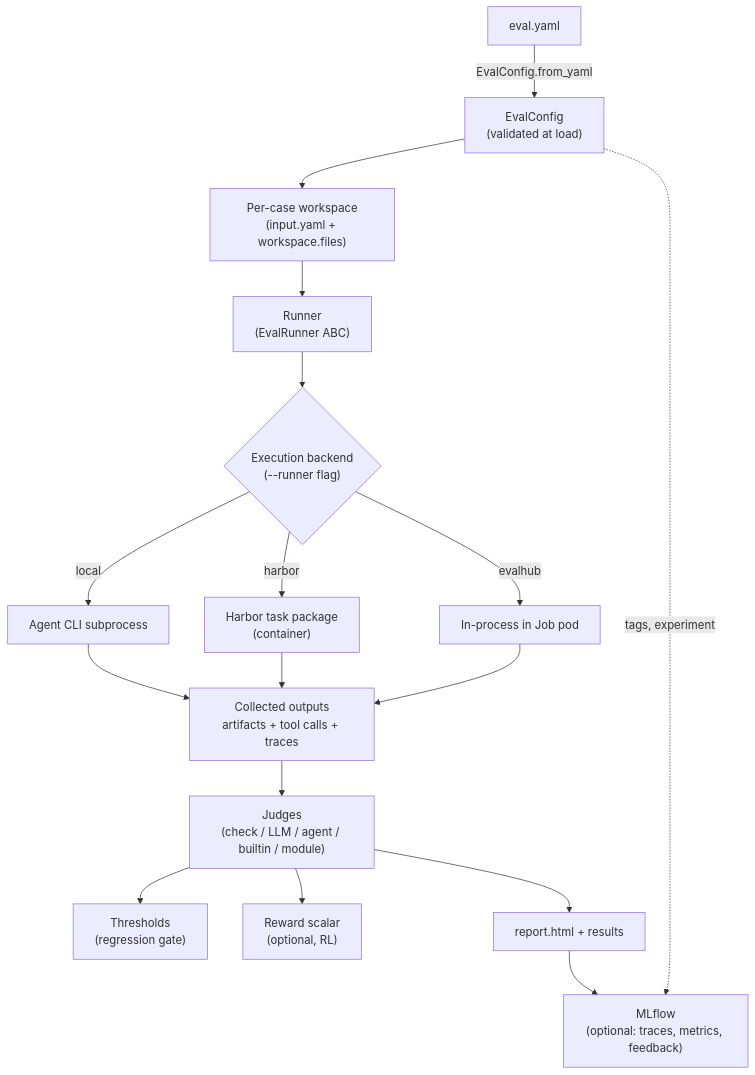
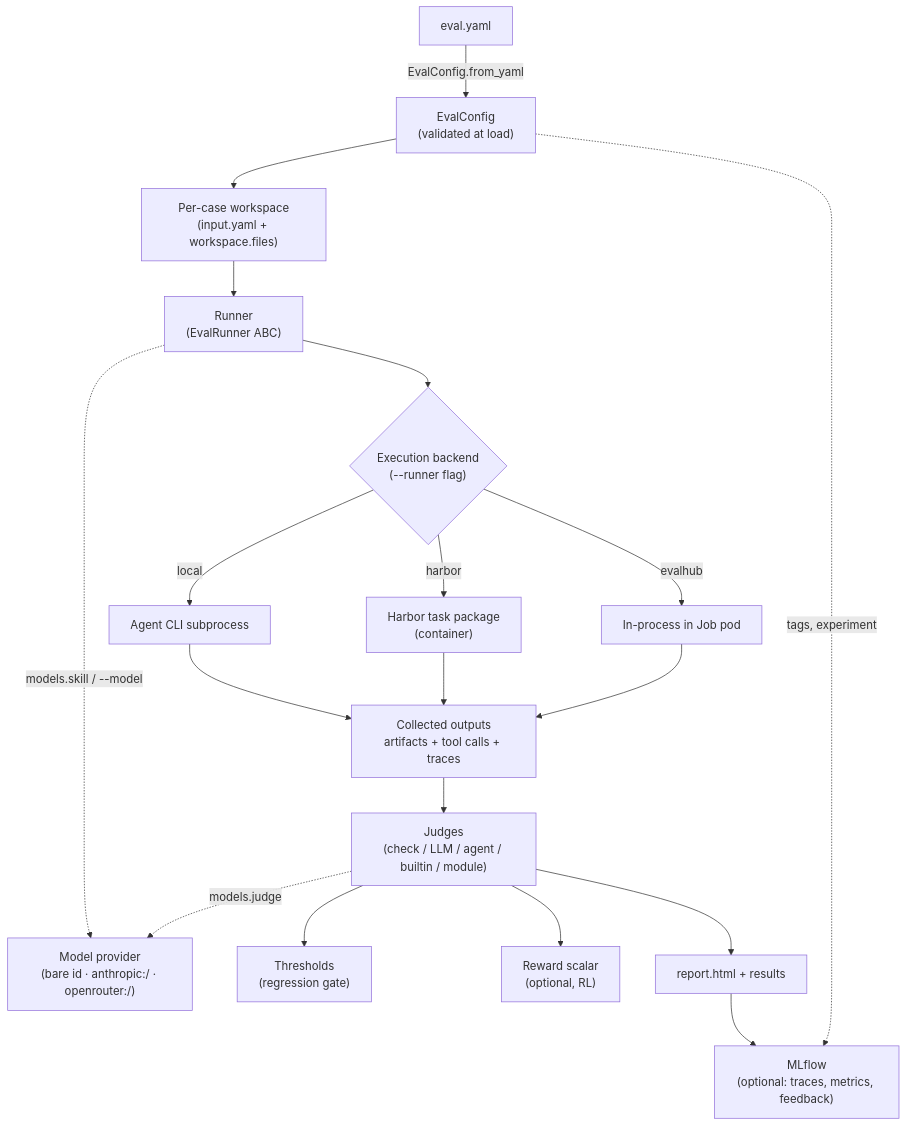
Before and after one commit to opendatahub-io/agent-eval-harness: the diagram in website/concepts/architecture.md, drawn with Mermaid. The commit also changed other lines of this file and 31 other files, not shown here.

````diff
--- a/website/concepts/architecture.md
+++ b/website/concepts/architecture.md
@@ -15,19 +16,21 @@
 ```mermaid
 flowchart TD
     Y["eval.yaml"] -->|"EvalConfig.from_yaml"| C["EvalConfig<br/>(validated at load)"]
     C --> W["Per-case workspace<br/>(input.yaml + workspace.files)"]
     W --> R["Runner<br/>(EvalRunner ABC)"]
     R --> B{"Execution backend<br/>(--runner flag)"}
+    R -.->|"models.skill / --model"| P["Model provider<br/>(bare id · anthropic:/ · openrouter:/)"]
     B -->|local| L["Agent CLI subprocess"]
     B -->|harbor| H["Harbor task package<br/>(container)"]
     B -->|evalhub| E["In-process in Job pod"]
     L --> O["Collected outputs<br/>artifacts + tool calls + traces"]
     H --> O
     E --> O
     O --> J["Judges<br/>(check / LLM / agent / builtin / module)"]
+    J -.->|"models.judge"| P
     J --> T["Thresholds<br/>(regression gate)"]
     J --> RW["Reward scalar<br/>(optional, RL)"]
     J --> REP["report.html + results"]
     REP --> M["MLflow<br/>(optional: traces, metrics, feedback)"]
     C -.->|"tags, experiment"| M
 ```
````
